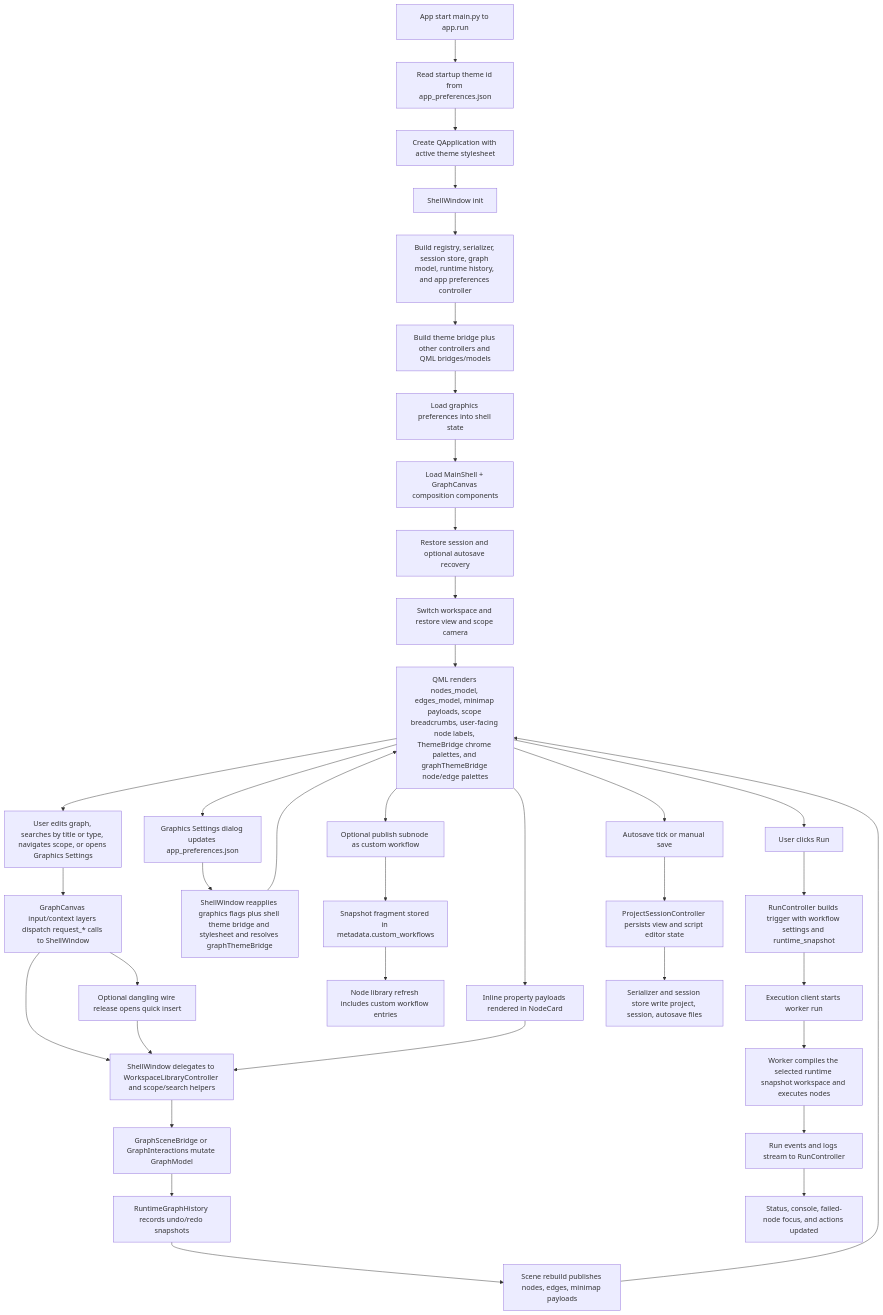
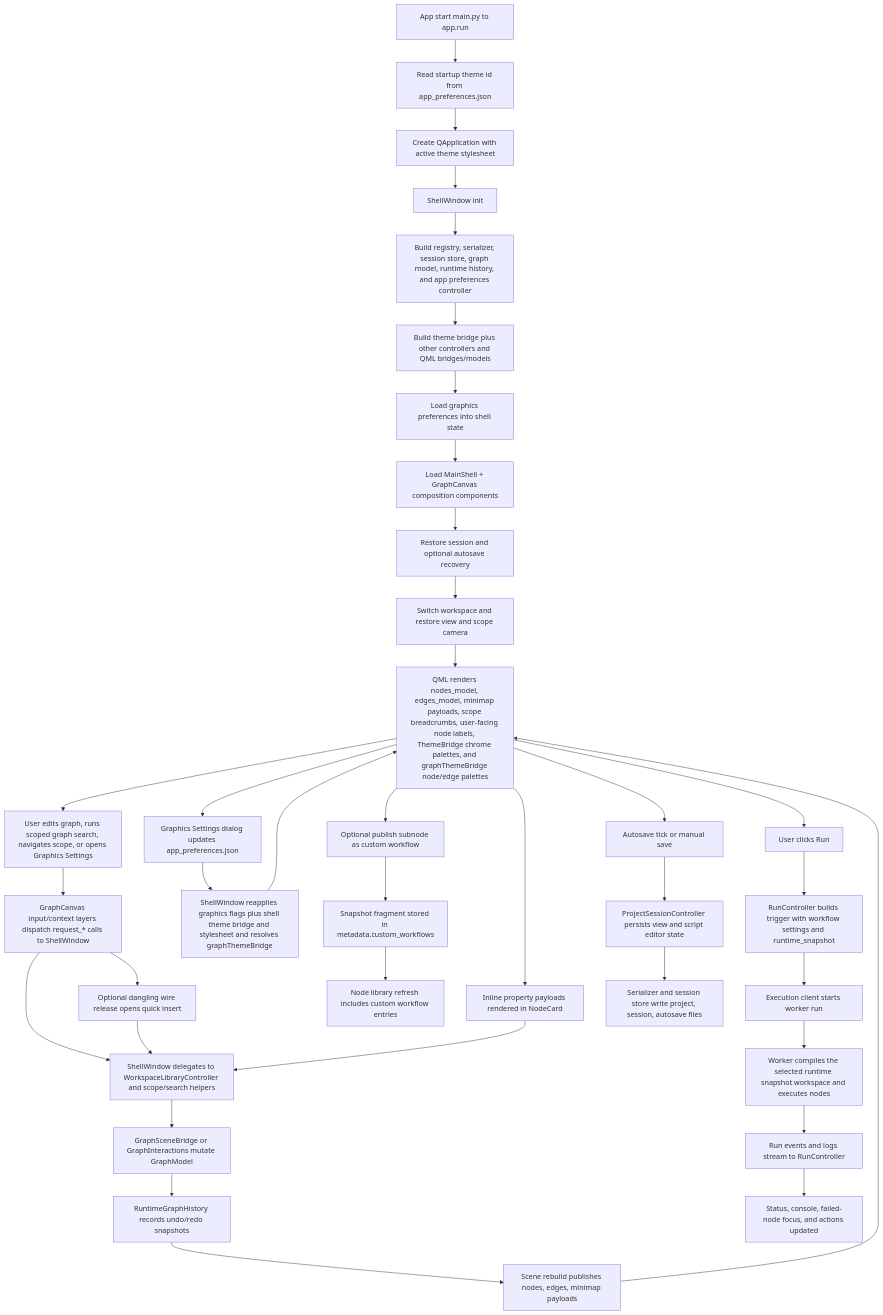
The second of 3 diagrams in ARCHITECTURE.md (emreatay993/EA_Node), drawn with Mermaid before and after one commit. The commit also changed other lines of this file and 17 other files, not shown here.

Commit message:
Add scoped graph search filters

````diff
--- a/ARCHITECTURE.md
+++ b/ARCHITECTURE.md
@@ -239,45 +239,45 @@
 ```mermaid
 flowchart TD
     A[App start main.py to app.run] --> B[Read startup theme id from app_preferences.json]
     B --> C[Create QApplication with active theme stylesheet]
     C --> D[ShellWindow init]
     D --> E[Build registry, serializer, session store, graph model, runtime history, and app preferences controller]
     E --> F[Build theme bridge plus other controllers and QML bridges/models]
     F --> G[Load graphics preferences into shell state]
     G --> H[Load MainShell + GraphCanvas composition components]
     H --> I[Restore session and optional autosave recovery]
     I --> J[Switch workspace and restore view and scope camera]
     J --> K[QML renders nodes_model, edges_model, minimap payloads, scope breadcrumbs, user-facing node labels, ThemeBridge chrome palettes, and graphThemeBridge node/edge palettes]
 
-    K --> L[User edits graph, searches by title or type, navigates scope, or opens Graphics Settings]
+    K --> L[User edits graph, runs scoped graph search, navigates scope, or opens Graphics Settings]
     L --> M[GraphCanvas input/context layers dispatch request_* calls to ShellWindow]
     M --> N[ShellWindow delegates to WorkspaceLibraryController and scope/search helpers]
     M --> NQ[Optional dangling wire release opens quick insert]
     NQ --> N
     N --> O[GraphSceneBridge or GraphInteractions mutate GraphModel]
     O --> P[RuntimeGraphHistory records undo/redo snapshots]
     P --> Q[Scene rebuild publishes nodes, edges, minimap payloads]
     Q --> K
 
     K --> KP[Graphics Settings dialog updates app_preferences.json]
     KP --> KR[ShellWindow reapplies graphics flags plus shell theme bridge and stylesheet and resolves graphThemeBridge]
     KR --> K
 
     K --> R[Inline property payloads rendered in NodeCard]
     R --> N
 
     K --> S[Optional publish subnode as custom workflow]
     S --> T[Snapshot fragment stored in metadata.custom_workflows]
     T --> U[Node library refresh includes custom workflow entries]
 
     K --> V[User clicks Run]
     V --> W[RunController builds trigger with workflow settings and runtime_snapshot]
     W --> X[Execution client starts worker run]
     X --> Y[Worker compiles the selected runtime snapshot workspace and executes nodes]
     Y --> Z[Run events and logs stream to RunController]
     Z --> ZA[Status, console, failed-node focus, and actions updated]
 
     K --> ZB[Autosave tick or manual save]
     ZB --> ZC[ProjectSessionController persists view and script editor state]
     ZC --> ZD[Serializer and session store write project, session, autosave files]
 ```
````
